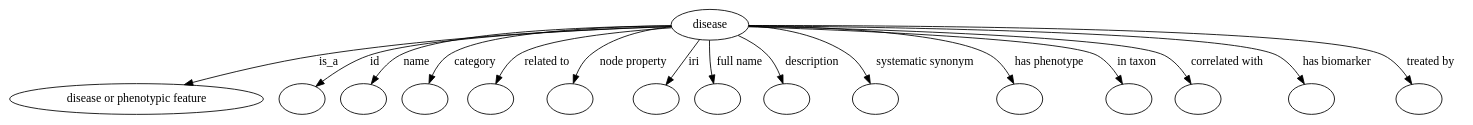
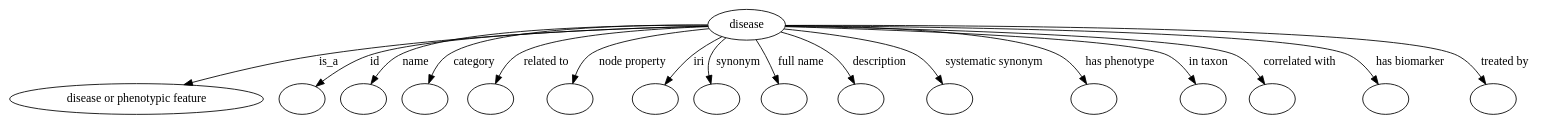
Before and after one commit to biolink/biolink-model: the diagram in graphviz/disease.gv, drawn with Graphviz. The commit also changed 900 other files, not shown here.

```diff
--- a/graphviz/disease.gv
+++ b/graphviz/disease.gv
@@ -1,154 +1,164 @@
 digraph {
-	graph [bb="0,0,1406.1,122"];
+	graph [bb="0,0,1480.1,122"];
 	node [label="\N"];
 	disease	 [height=0.5,
 		label=disease,
-		pos="697.48,104",
+		pos="734.48,104",
 		width=0.99011];
 	"disease or phenotypic feature"	 [height=0.5,
 		pos="113.48,18",
 		width=3.1523];
 	disease -> "disease or phenotypic feature"	 [label=is_a,
 		lp="319.76,61",
-		pos="e,166.22,33.996 661.78,102.61 592.91,99.499 437.08,90.425 307.93,68 263.32,60.254 213.92,47.497 176.08,36.807"];
+		pos="e,165.79,33.993 698.84,103.01 625.29,100.52 451.54,92.348 307.93,68 263.13,60.405 213.54,47.581 175.65,36.822"];
 	id	 [color=black,
 		height=0.5,
 		label="",
 		pos="271.48,18",
 		width=0.75];
 	disease -> id	 [color=black,
 		label=id,
 		lp="372.93,61",
-		pos="e,290.58,30.814 662.09,101.83 588.48,97.039 421.17,84.655 366.59,68 342.63,60.687 317.63,47.285 299.28,36.196",
+		pos="e,290.56,30.882 698.8,102.26 618.98,98.08 428.23,86.444 366.59,68 342.59,60.817 317.59,47.408 299.25,36.284",
 		style=solid];
 	name	 [color=black,
 		height=0.5,
 		label="",
 		pos="343.48,18",
 		width=0.75];
 	disease -> name	 [color=black,
 		label=name,
 		lp="417.64,61",
-		pos="e,357.22,33.89 661.98,102.23 593.98,98.425 448.04,88.131 402.16,68 388.1,61.829 374.85,51.144 364.52,41.232",
+		pos="e,357.19,33.958 698.88,102.78 624.44,99.813 454.86,90.703 402.16,68 388.06,61.923 374.81,51.248 364.48,41.318",
 		style=solid];
 	category	 [color=black,
 		height=0.5,
 		label="",
 		pos="415.48,18",
 		width=0.75];
 	disease -> category	 [color=black,
 		label=category,
-		lp="474.58,61",
-		pos="e,423.19,35.674 661.76,102.27 602.02,98.802 484.96,89.434 450.29,68 441.21,62.387 433.88,53.427 428.33,44.632",
+		lp="475.58,61",
+		pos="e,423.23,35.265 698.67,102.97 632.1,100.5 492.31,92.471 451.29,68 441.8,62.339 434.13,53.082 428.36,44.063",
 		style=solid];
 	"related to"	 [color=black,
 		height=0.5,
 		label="",
 		pos="487.48,18",
 		width=0.75];
 	disease -> "related to"	 [color=black,
 		label="related to",
-		lp="540.72,61",
-		pos="e,492.61,35.897 662.05,100.68 615.51,95.715 537.01,85.07 514.01,68 506.33,62.299 500.65,53.702 496.57,45.237",
+		lp="542.72,61",
+		pos="e,493.25,36.033 698.81,101.82 644.66,97.905 544.96,88.141 516.01,68 507.94,62.384 501.85,53.697 497.43,45.13",
 		style=solid];
 	"node property"	 [color=black,
 		height=0.5,
 		label="",
-		pos="560.48,18",
+		pos="559.48,18",
 		width=0.75];
 	disease -> "node property"	 [color=black,
 		label="node property",
-		lp="618.55,61",
-		pos="e,563.18,35.934 664.23,97.304 633.81,90.581 591.7,79.583 579.34,68 572.99,62.047 568.76,53.739 565.95,45.603",
+		lp="622.55,61",
+		pos="e,563.9,36.212 699.78,99.264 660.9,93.361 601.02,82.284 583.34,68 576.24,62.264 571.13,53.912 567.5,45.671",
 		style=solid];
 	iri	 [color=black,
 		height=0.5,
 		label="",
-		pos="632.48,18",
+		pos="631.48,18",
 		width=0.75];
 	disease -> iri	 [color=black,
 		label=iri,
-		lp="675.7,61",
-		pos="e,644.64,34.083 684.64,87.009 675.02,74.28 661.72,56.681 650.96,42.441",
+		lp="685.7,61",
+		pos="e,644.77,33.797 710.98,90.439 700.78,84.13 688.93,76.213 679.04,68 669.45,60.029 659.79,50.271 651.71,41.497",
+		style=solid];
+	synonym	 [color=black,
+		height=0.5,
+		label="",
+		pos="703.48,18",
+		width=0.75];
+	disease -> synonym	 [color=black,
+		label=synonym,
+		lp="724.15,61",
+		pos="e,697.48,35.732 713.87,88.967 707.6,83.191 701.49,76.033 698.14,68 695.27,61.099 694.91,53.22 695.71,45.789",
 		style=solid];
 	"full name"	 [color=black,
 		height=0.5,
 		label="",
-		pos="704.48,18",
+		pos="775.48,18",
 		width=0.75];
 	disease -> "full name"	 [color=black,
 		label="full name",
-		lp="725.11,61",
-		pos="e,700.8,35.871 697.07,85.911 697.02,76.395 697.23,64.545 698.22,54 698.47,51.403 698.79,48.711 699.17,46.021",
+		lp="784.11,61",
+		pos="e,767.28,35.21 742.98,86.181 748.72,74.145 756.39,58.047 762.84,44.515",
 		style=solid];
 	description	 [color=black,
 		height=0.5,
 		label="",
-		pos="776.48,18",
+		pos="847.48,18",
 		width=0.75];
 	disease -> description	 [color=black,
 		label=description,
-		lp="792.59,61",
-		pos="e,770.34,35.54 722.41,91.129 732.36,85.1 743.35,77.207 751.48,68 757.42,61.276 762.33,52.89 766.18,44.918",
+		lp="858.59,61",
+		pos="e,839.11,35.565 765.27,94.778 781.19,88.927 800.22,80.142 814.48,68 822.16,61.465 828.75,52.71 833.99,44.353",
 		style=solid];
 	"systematic synonym"	 [color=black,
 		height=0.5,
 		label="",
-		pos="858.48,18",
+		pos="932.48,18",
 		width=0.75];
 	disease -> "systematic synonym"	 [color=black,
 		label="systematic synonym",
-		lp="898.45,61",
-		pos="e,851.53,35.652 732.85,101.24 760.89,97.507 799.84,88.711 827.48,68 835.53,61.974 841.97,53.192 846.85,44.664",
+		lp="966.45,61",
+		pos="e,923.14,35.371 769.03,98.962 809.35,92.605 873.11,80.929 893.48,68 902.96,61.983 911.08,52.823 917.42,43.98",
 		style=solid];
 	"has phenotype"	 [color=black,
 		height=0.5,
 		label="",
-		pos="995.48,18",
+		pos="1069.5,18",
 		width=0.75];
 	disease -> "has phenotype"	 [color=black,
 		label="has phenotype",
-		lp="1014.7,61",
-		pos="e,987.38,35.715 733.29,102.54 795.89,99.425 922.11,90.488 959.48,68 968.83,62.375 976.44,53.295 982.22,44.406",
+		lp="1084.7,61",
+		pos="e,1059.7,35.32 770.29,102.85 838.43,100.14 983.84,91.681 1027.5,68 1038,62.287 1047,52.773 1053.9,43.568",
 		style=solid];
 	"in taxon"	 [color=black,
 		height=0.5,
 		label="",
-		pos="1096.5,18",
+		pos="1170.5,18",
 		width=0.75];
 	disease -> "in taxon"	 [color=black,
 		label="in taxon",
-		lp="1097.2,61",
-		pos="e,1088.1,35.393 732.96,102.07 818.38,97.199 1030.5,83.667 1058.5,68 1068.4,62.432 1076.6,53.069 1082.8,43.941",
+		lp="1168.2,61",
+		pos="e,1161.1,34.966 770.11,102.29 861.11,97.712 1097.1,84.386 1128.5,68 1139.3,62.371 1148.4,52.69 1155.3,43.338",
 		style=solid];
 	"correlated with"	 [color=black,
 		height=0.5,
 		label="",
-		pos="1168.5,18",
+		pos="1242.5,18",
 		width=0.75];
 	disease -> "correlated with"	 [color=black,
 		label="correlated with",
-		lp="1183.7,61",
-		pos="e,1158.2,35.013 733.15,102.49 829.29,98.206 1088.9,85.174 1123.5,68 1134.8,62.373 1144.6,52.561 1152.1,43.111",
+		lp="1255.7,61",
+		pos="e,1231.6,34.567 770.38,102.66 871.96,98.659 1156.5,85.966 1194.5,68 1206.5,62.29 1217.2,52.14 1225.3,42.469",
 		style=solid];
 	"has biomarker"	 [color=black,
 		height=0.5,
 		label="",
-		pos="1273.5,18",
+		pos="1347.5,18",
 		width=0.75];
 	disease -> "has biomarker"	 [color=black,
 		label="has biomarker",
-		lp="1288.3,61",
-		pos="e,1263.5,35.083 733.33,103.15 845.54,100.27 1185.2,89.837 1229.5,68 1240.7,62.46 1250.3,52.661 1257.7,43.197",
+		lp="1361.3,61",
+		pos="e,1336.9,35.114 770.18,103.27 887.08,100.68 1253.7,90.806 1301.5,68 1313,62.5 1323,52.707 1330.7,43.237",
 		style=solid];
 	"treated by"	 [color=black,
 		height=0.5,
 		label="",
-		pos="1376.5,18",
+		pos="1450.5,18",
 		width=0.75];
 	disease -> "treated by"	 [color=black,
 		label="treated by",
-		lp="1378.3,61",
-		pos="e,1366.5,35.132 733.45,103.57 859.81,101.85 1278.6,94.211 1332.5,68 1343.7,62.521 1353.3,52.732 1360.7,43.259",
+		lp="1452.3,61",
+		pos="e,1440.2,35.152 770.2,103.67 900.85,102.26 1348,95.445 1405.5,68 1416.9,62.548 1426.7,52.762 1434.2,43.285",
 		style=solid];
 }
```
